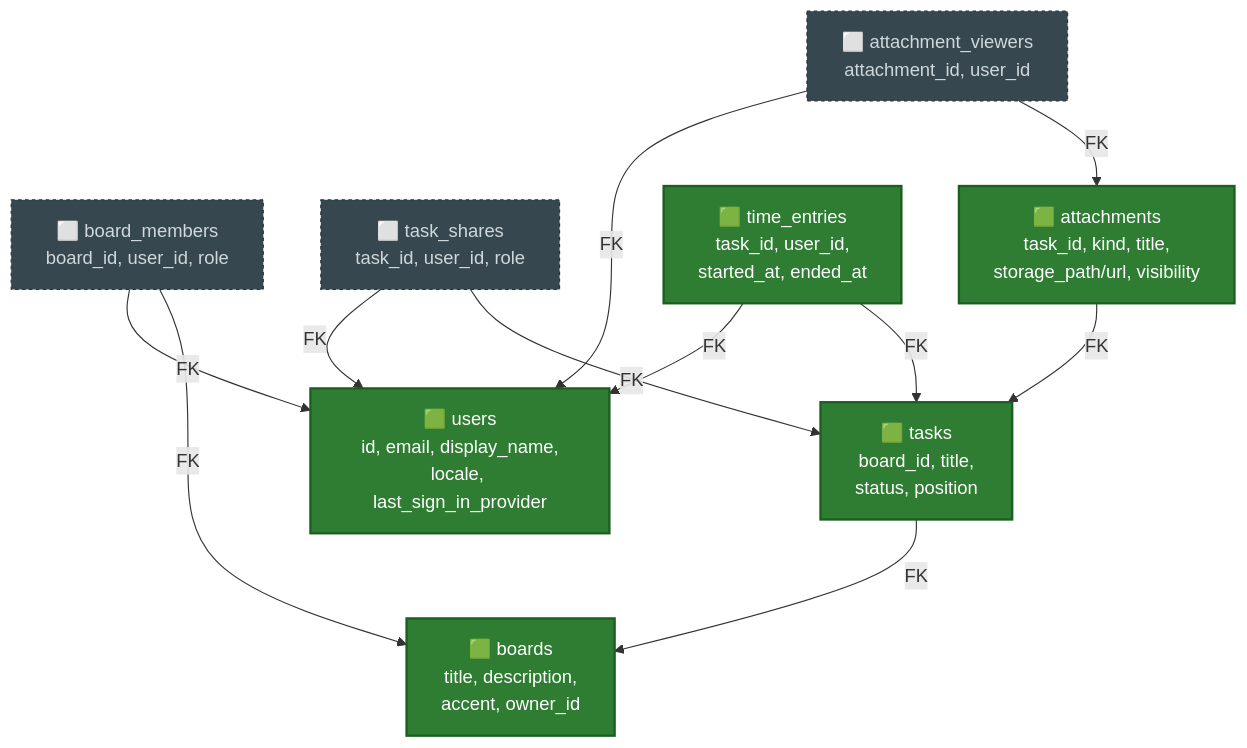
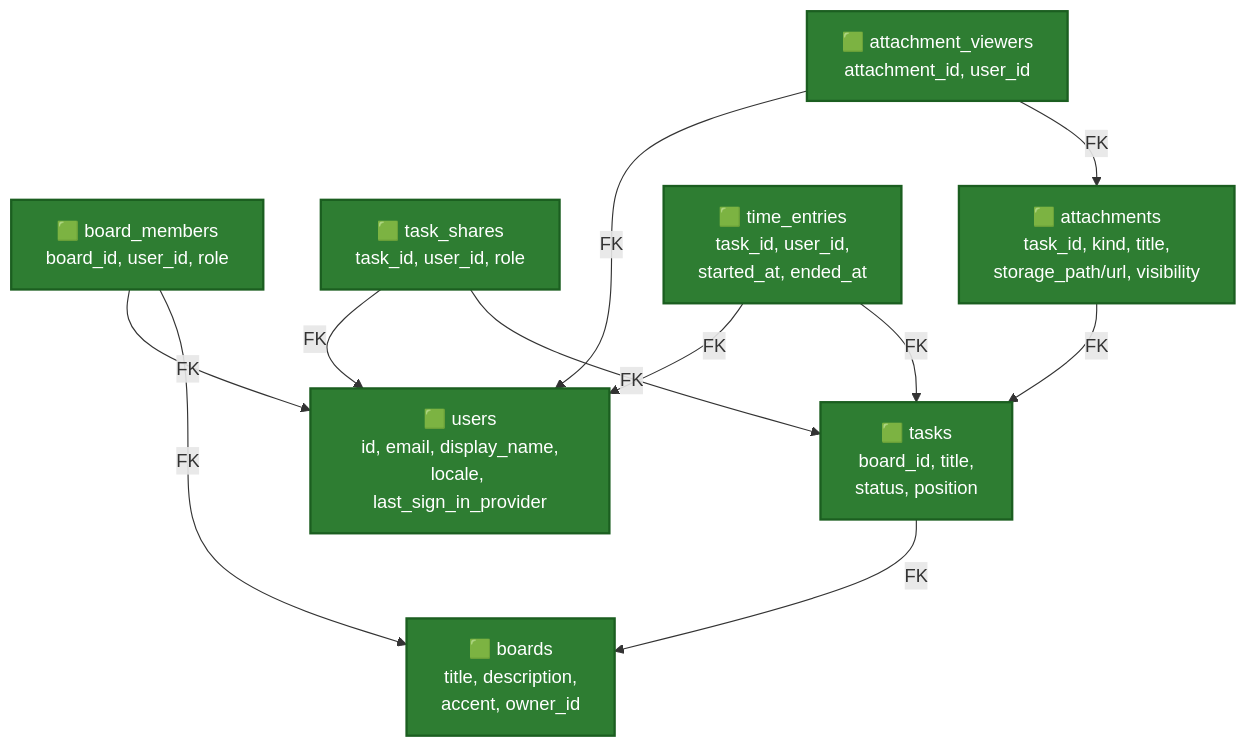
The fourth of 4 diagrams in PROJECT_MAP.md (ansukhorukova/learn-it), drawn with Mermaid before and after one commit. The commit also changed other lines of this file and 2 other files, not shown here.

Commit message:
docs: update PROJECT_MAP.md — Board & Task Sharing (US13-US17) позначено done після Approve з фіксом reindex-leak

````diff
--- a/PROJECT_MAP.md
+++ b/PROJECT_MAP.md
@@ -151,32 +155,31 @@
 ```mermaid
 graph TD
   classDef done fill:#2e7d32,color:#ffffff,stroke:#1b5e20,stroke-width:2px;
   classDef progress fill:#f9a825,color:#1a1a1a,stroke:#f57f17,stroke-width:2px;
   classDef planned fill:#37474f,color:#cfd8dc,stroke:#263238,stroke-width:1px,stroke-dasharray: 3 3;
 
-  DB_BoardMembers["⬜ board_members<br/>board_id, user_id, role"]
-  DB_TaskShares["⬜ task_shares<br/>task_id, user_id, role"]
-  DB_AttachmentViewers["⬜ attachment_viewers<br/>attachment_id, user_id"]
+  DB_BoardMembers["🟩 board_members<br/>board_id, user_id, role"]
+  DB_TaskShares["🟩 task_shares<br/>task_id, user_id, role"]
+  DB_AttachmentViewers["🟩 attachment_viewers<br/>attachment_id, user_id"]
 
   DB_Users["🟩 users<br/>id, email, display_name,<br/>locale, last_sign_in_provider"]
   DB_Attachments["🟩 attachments<br/>task_id, kind, title,<br/>storage_path/url, visibility"]
   DB_TimeEntries["🟩 time_entries<br/>task_id, user_id,<br/>started_at, ended_at"]
 
   DB_Tasks["🟩 tasks<br/>board_id, title,<br/>status, position"]
 
   DB_Boards["🟩 boards<br/>title, description,<br/>accent, owner_id"]
 
   DB_BoardMembers -->|FK| DB_Boards
   DB_BoardMembers -->|FK| DB_Users
   DB_TaskShares -->|FK| DB_Tasks
   DB_TaskShares -->|FK| DB_Users
   DB_TimeEntries -->|FK| DB_Tasks
   DB_TimeEntries -->|FK| DB_Users
   DB_AttachmentViewers -->|FK| DB_Attachments
   DB_AttachmentViewers -->|FK| DB_Users
   DB_Attachments -->|FK| DB_Tasks
   DB_Tasks -->|FK| DB_Boards
 
-  class DB_Users,DB_Tasks,DB_Boards,DB_Attachments,DB_TimeEntries done;
-  class DB_BoardMembers,DB_TaskShares,DB_AttachmentViewers planned;
+  class DB_Users,DB_Tasks,DB_Boards,DB_Attachments,DB_TimeEntries,DB_BoardMembers,DB_TaskShares,DB_AttachmentViewers done;
 ```
````
